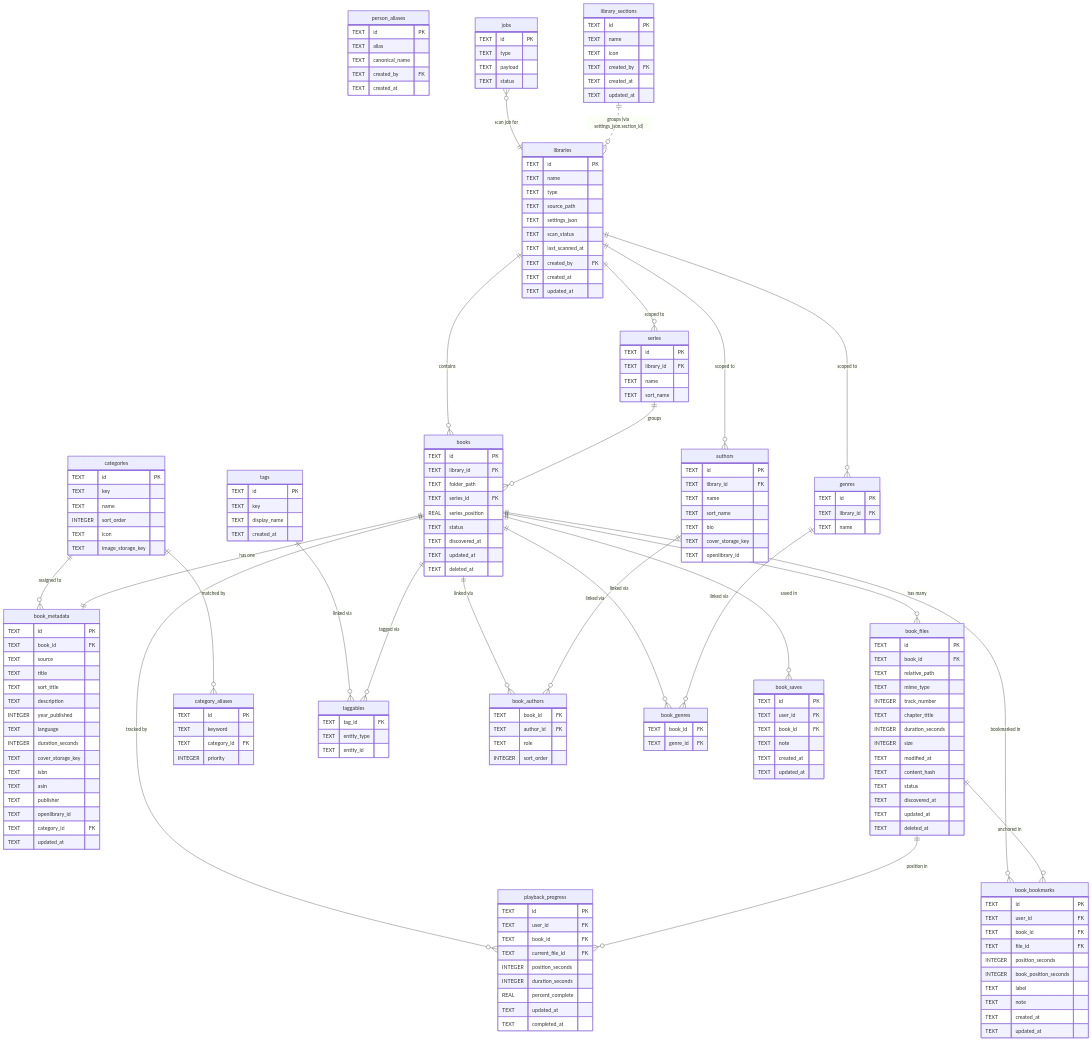
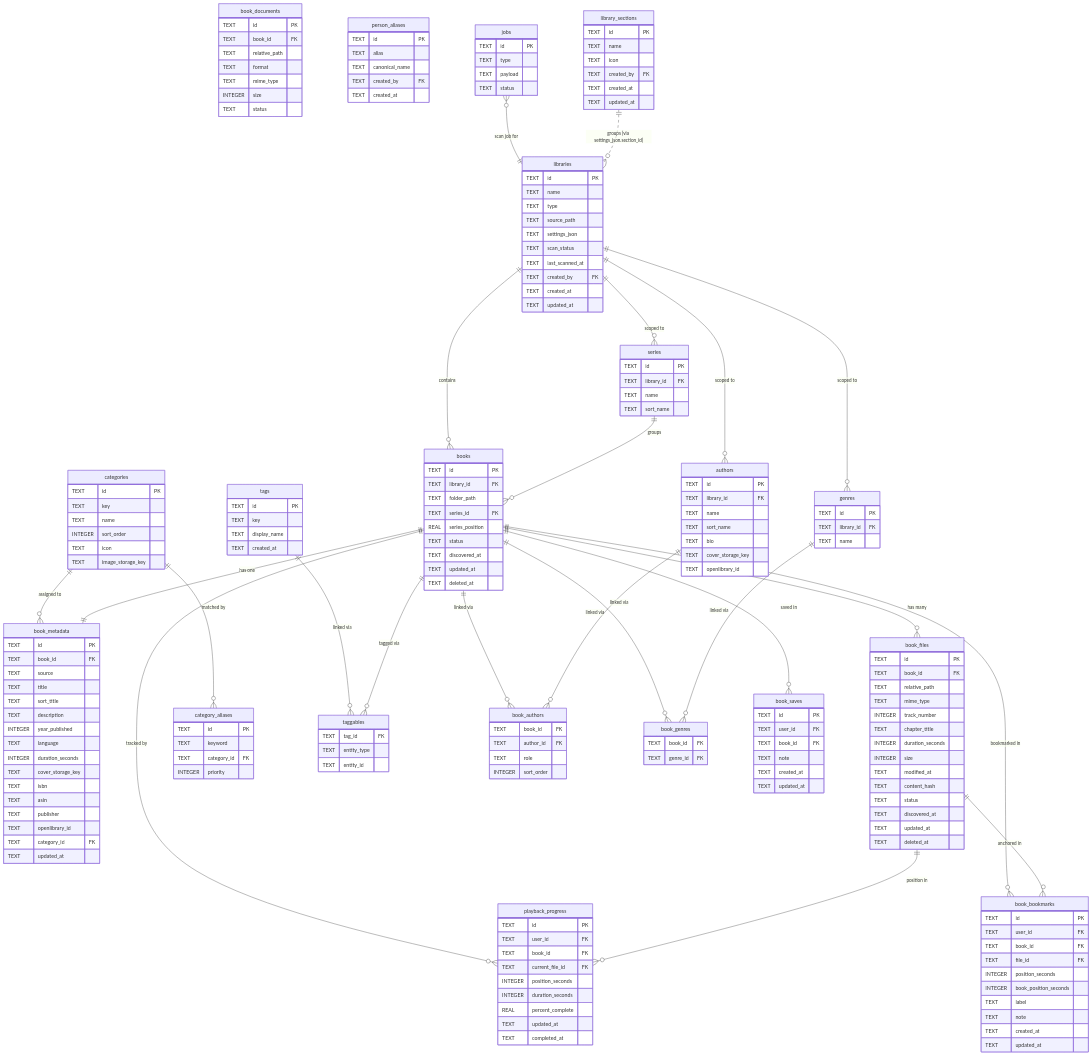
One commit to isputnikdotnet/isputnik.home changed the diagram in Documents/audiobook-db.md. Above: the diagram before and after it, drawn with Mermaid. The commit also changed 12 other files, not shown here.

First line of the commit message:
release: v0.4.19 — companion documents + reader, split combined genre tags

```diff
--- a/Documents/audiobook-db.md
+++ b/Documents/audiobook-db.md
@@ -72,6 +72,17 @@
         TEXT discovered_at
         TEXT updated_at
         TEXT deleted_at
+    }
+
+    %% ── Companion documents (PDF/EPUB bundled with a book) ───────────
+    book_documents {
+        TEXT id PK
+        TEXT book_id FK
+        TEXT relative_path
+        TEXT format
+        TEXT mime_type
+        INTEGER size
+        TEXT status
     }
 
     %% ── Library-scoped lookup tables ─────────────────────────────────
```
